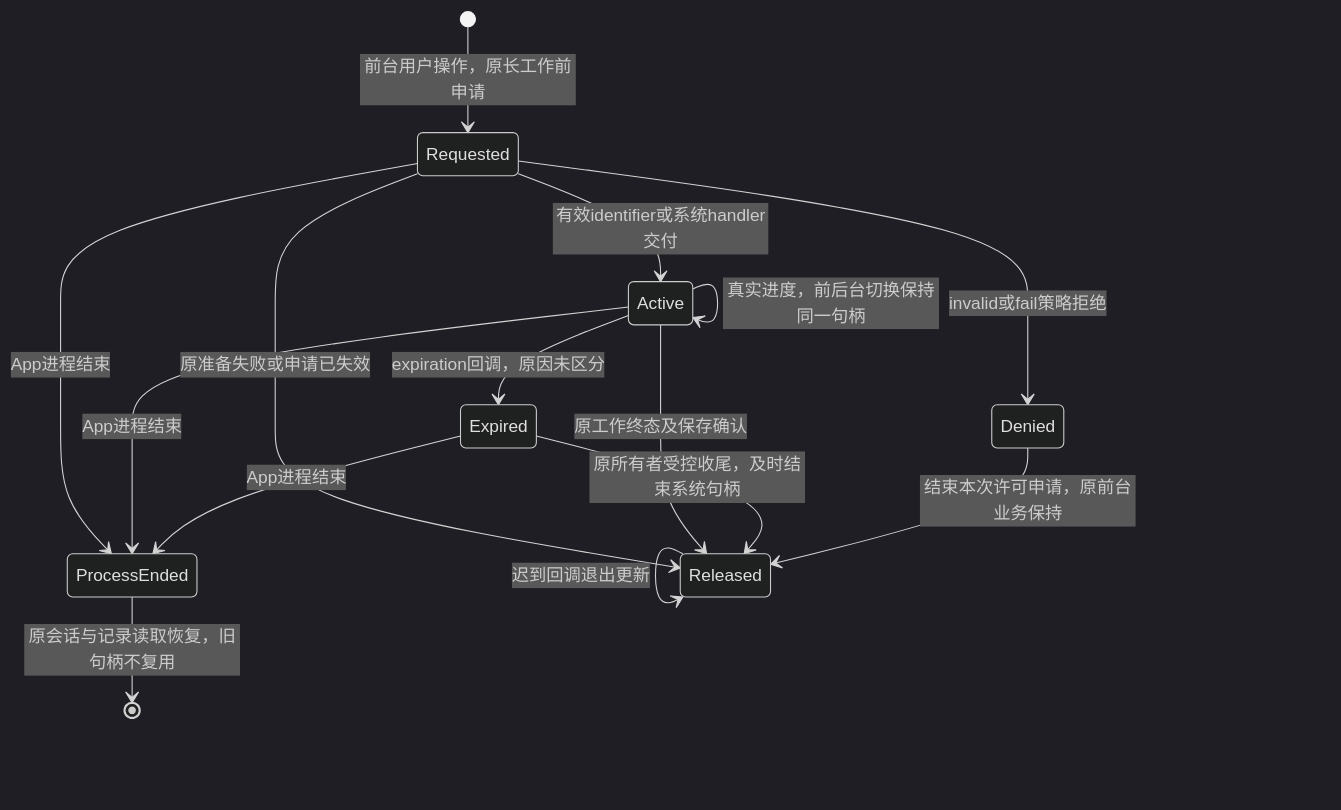
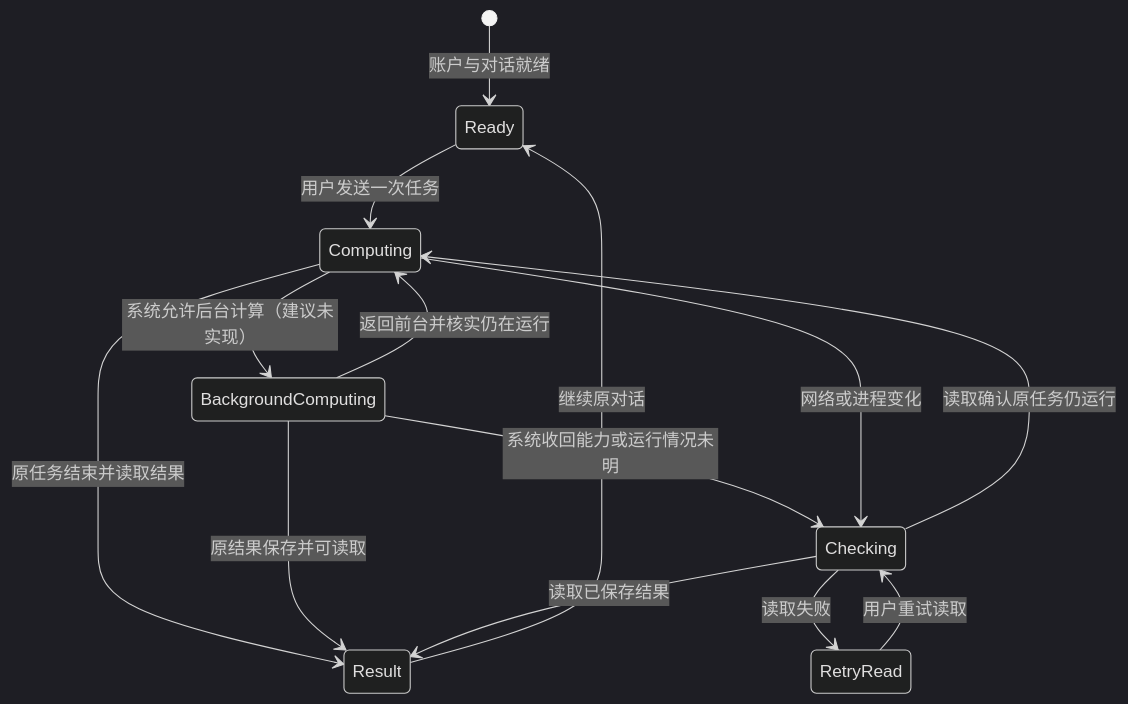
The third of 7 diagrams in docs/design/multi-platform/mobile-recovery-interaction.md (glide-the/im-dream), drawn with Mermaid (dark theme) before and after one commit. The commit also changed other lines of this file and 308 other files, not shown here.

````diff
--- a/docs/design/multi-platform/mobile-recovery-interaction.md
+++ b/docs/design/multi-platform/mobile-recovery-interaction.md
@@ -170,17 +140,16 @@
 ```mermaid
 stateDiagram-v2
-    [*] --> Requested: 前台用户操作，原长工作前申请
-    Requested --> Active: 有效identifier或系统handler交付
-    Requested --> Denied: invalid或fail策略拒绝
-    Requested --> Released: 原准备失败或申请已失效
-    Active --> Active: 真实进度，前后台切换保持同一句柄
-    Active --> Released: 原工作终态及保存确认
-    Active --> Expired: expiration回调，原因未区分
-    Expired --> Released: 原所有者受控收尾，及时结束系统句柄
-    Denied --> Released: 结束本次许可申请，原前台业务保持
-    Released --> Released: 迟到回调退出更新
-    Requested --> ProcessEnded: App进程结束
-    Active --> ProcessEnded: App进程结束
-    Expired --> ProcessEnded: App进程结束
-    ProcessEnded --> [*]: 原会话与记录读取恢复，旧句柄不复用
+    [*] --> Ready: 账户与对话就绪
+    Ready --> Computing: 用户发送一次任务
+    Computing --> BackgroundComputing: 系统允许后台计算（建议未实现）
+    BackgroundComputing --> Computing: 返回前台并核实仍在运行
+    Computing --> Result: 原任务结束并读取结果
+    BackgroundComputing --> Result: 原结果保存并可读取
+    BackgroundComputing --> Checking: 系统收回能力或运行情况未明
+    Computing --> Checking: 网络或进程变化
+    Checking --> Computing: 读取确认原任务仍运行
+    Checking --> Result: 读取已保存结果
+    Checking --> RetryRead: 读取失败
+    RetryRead --> Checking: 用户重试读取
+    Result --> Ready: 继续原对话
 ```
````
